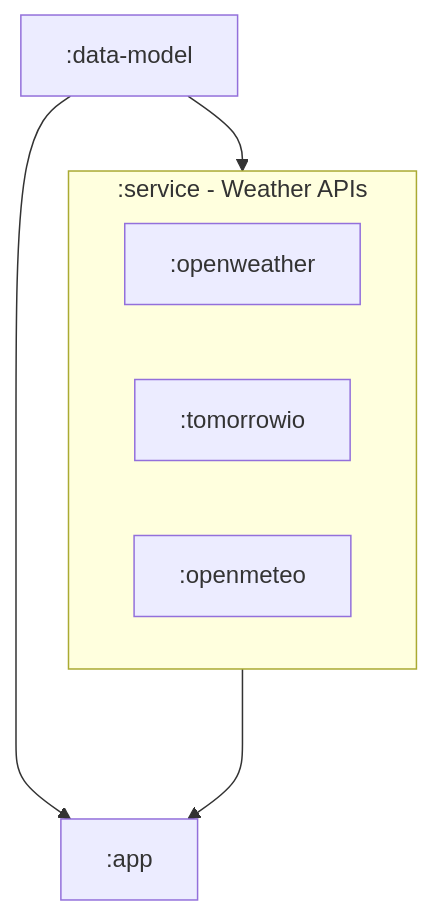
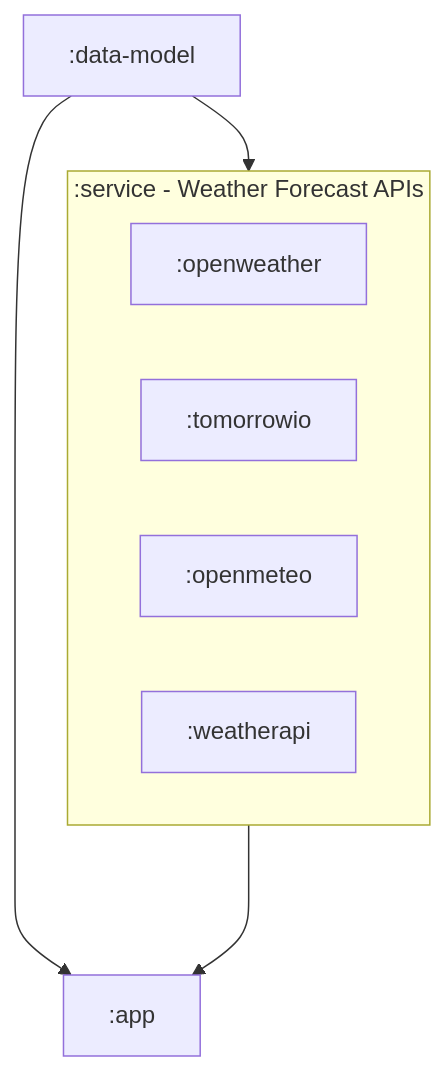
Before and after one commit to hossain-khan/android-weather-alert: the diagram in README.md, drawn with Mermaid. The commit also changed 2 other files, not shown here.

Commit message:
[UPDATE] Readme about new service API integration

````diff
--- a/README.md
+++ b/README.md
@@ -66,16 +66,17 @@
 ```mermaid
 flowchart TB
-    subgraph Service[:service - Weather APIs]
+    subgraph Service[:service - Weather Forecast APIs]
         direction LR  'Layout within the subgraph
         Service_OW[:openweather]
         Service_TI[:tomorrowio]
         Service_OM[:openmeteo]
+        Service_WA[:weatherapi]
     end
 
     DTO[:data-model]
     App[:app]
 
     DTO --> Service
     DTO ---> App
     Service ---> App
 ```
````
